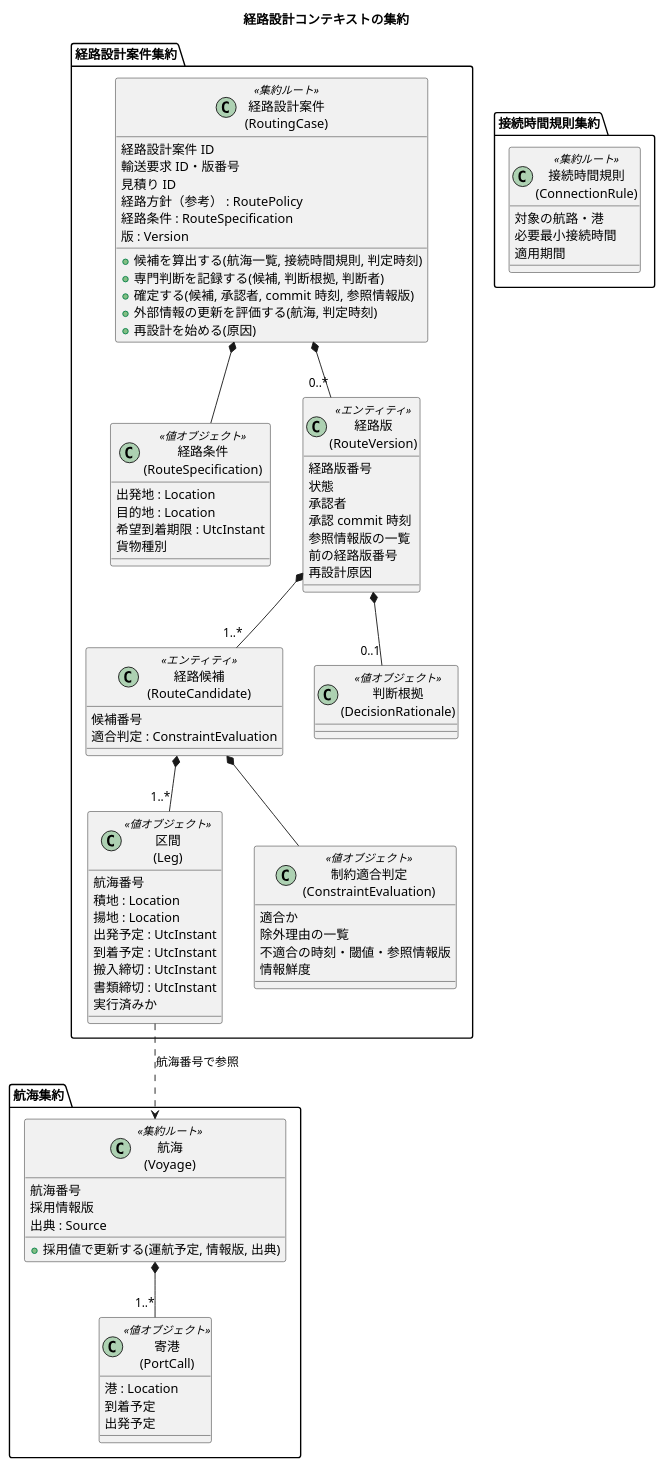
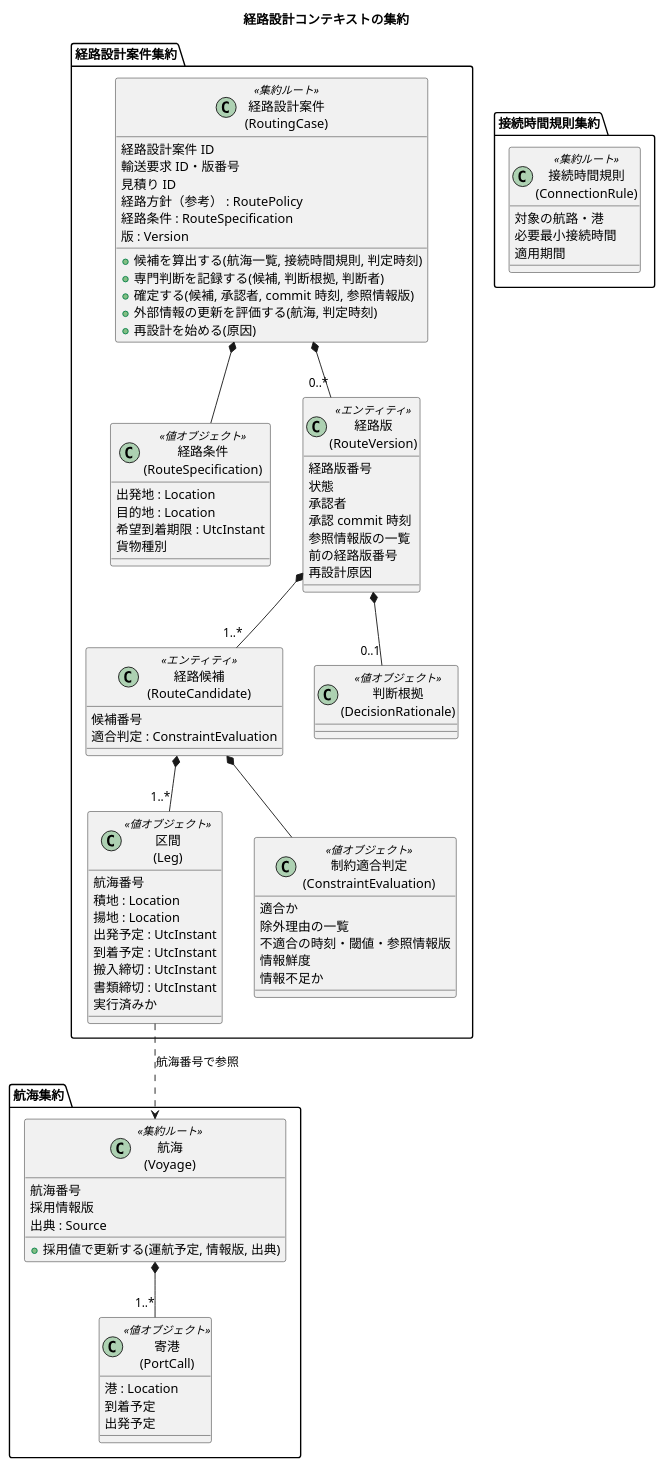
The sixth of 23 diagrams in docs/design/cargo-tracker/domain_model.md (k2works/practical-domain-driven-design-in-enterpris-application), drawn with PlantUML before and after one commit. The commit also changed other lines of this file and 7 other files, not shown here.

```diff
--- a/docs/design/cargo-tracker/domain_model.md
+++ b/docs/design/cargo-tracker/domain_model.md
@@ -640,6 +641,7 @@
     除外理由の一覧
     不適合の時刻・閾値・参照情報版
     情報鮮度
+    情報不足か
   }
   class "判断根拠\n(DecisionRationale)" as Rat <<値オブジェクト>>
   RC *-- Spec
```
